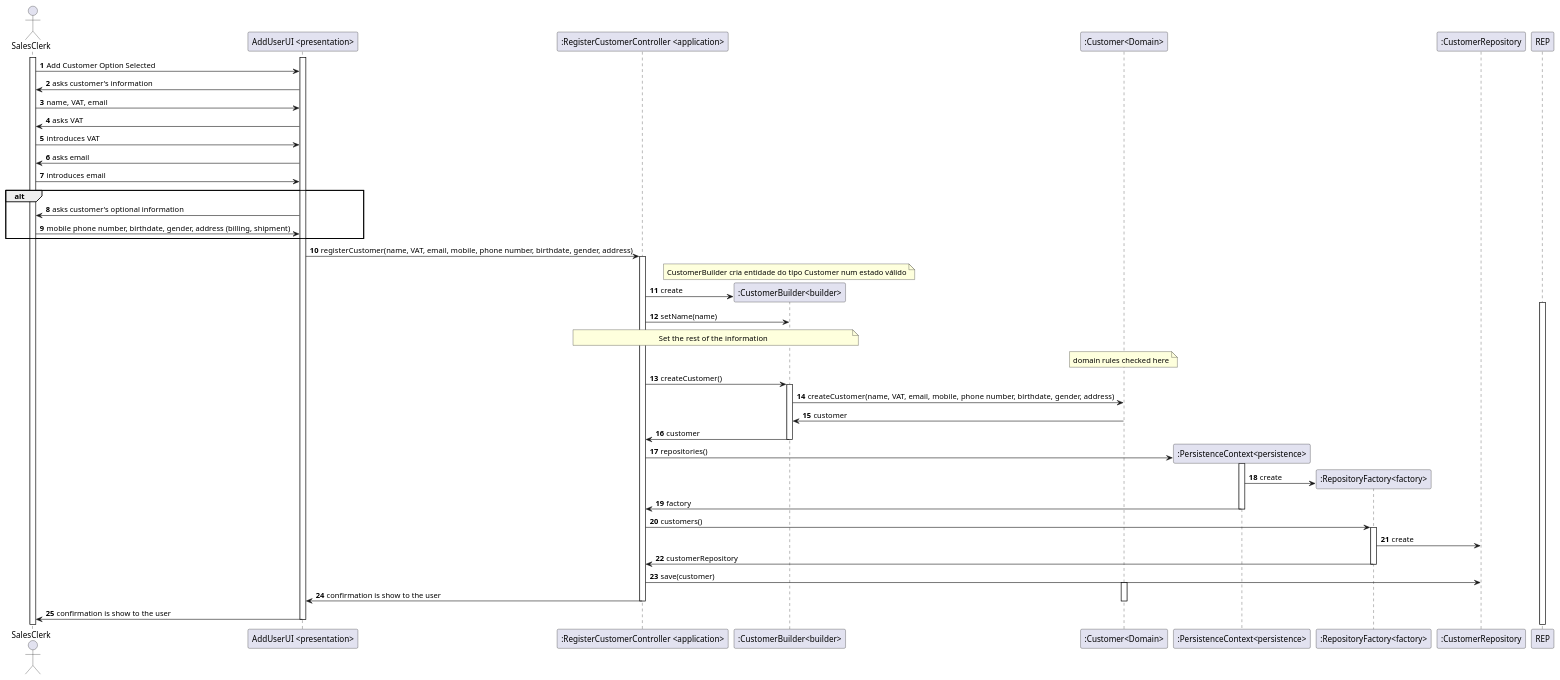
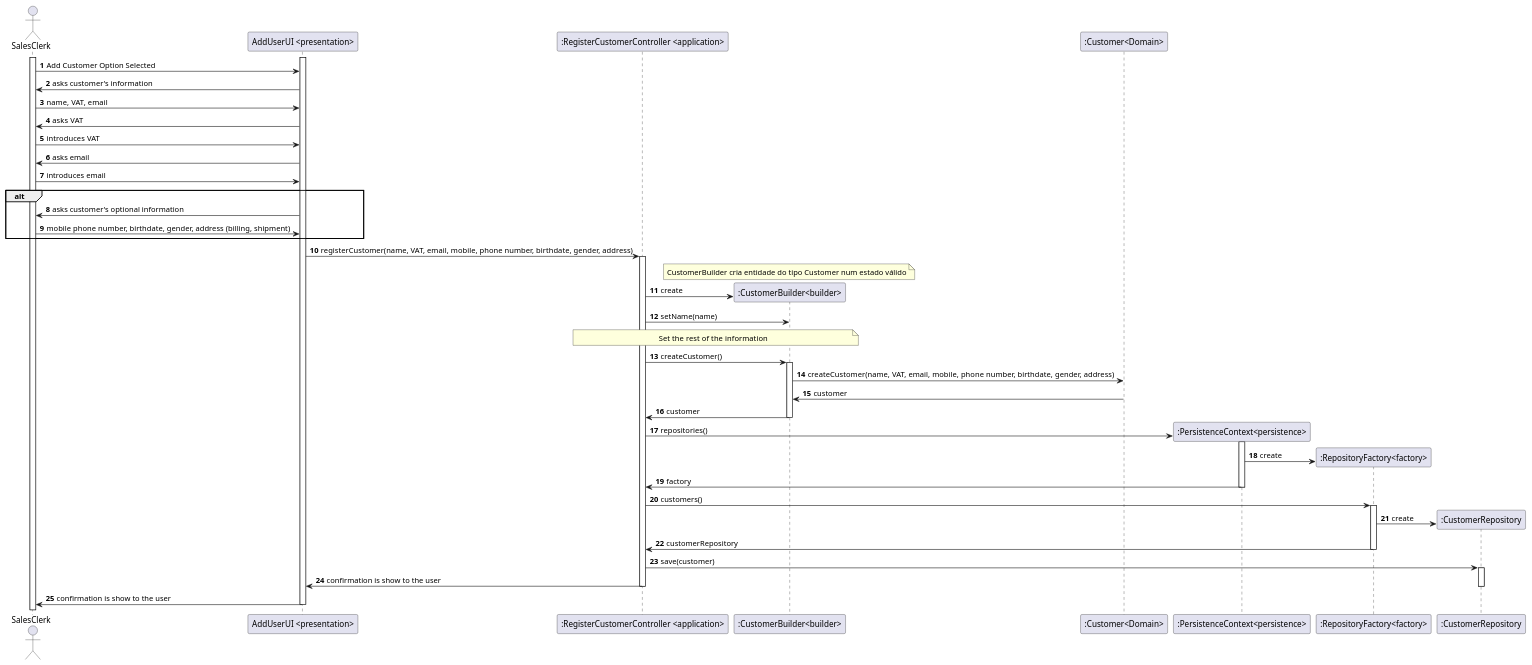
Before and after one commit to RuiRioPina/LAPR4-21-22: the diagram in docs/1201568/US1003/Diagramas/sd.puml, drawn with PlantUML. The commit also changed 3 other files, not shown here.

Commit message:
#12; [US1003]: [Designing]: Added the class diagram and removed the note in the customer.

```diff
--- a/docs/1201568/US1003/Diagramas/sd.puml
+++ b/docs/1201568/US1003/Diagramas/sd.puml
@@ -1,80 +1,77 @@
 @startuml
 autonumber
 actor "SalesClerk" as SC
 
 participant  "AddUserUI <presentation>" as SYS
 participant ":RegisterCustomerController <application>" as CTRL
 participant ":CustomerBuilder<builder>" as CSB
 participant ":Customer<Domain>" as CUS
 participant ":PersistenceContext<persistence>" as PC
 participant ":RepositoryFactory<factory>" as RF
 participant ":CustomerRepository" as CR
 
 
 
 
 activate SC
 activate SYS
 
 SC-> SYS: Add Customer Option Selected
 SYS-> SC: asks customer's information
 
 SC-> SYS: name, VAT, email
 
 SYS-> SC: asks VAT
 SC-> SYS: introduces VAT
 SYS-> SC: asks email
 SC-> SYS: introduces email
 
 alt
 SYS-> SC: asks customer's optional information
 SC-> SYS: mobile phone number, birthdate, gender, address (billing, shipment)
 
 
 end alt
 
 
 SYS-> CTRL : registerCustomer(name, VAT, email, mobile, phone number, birthdate, gender, address)
 note over CSB: CustomerBuilder cria entidade do tipo Customer num estado válido
 activate CTRL
 CTRL-> CSB **: create
-activate REP
-deactivate REP
 
 CTRL-> CSB: setName(name)
 
 
 note over CTRL, CSB:Set the  rest of the information
-note over CUS: domain rules checked here
 CTRL-> CSB: createCustomer()
 activate CSB
 CSB -> CUS : createCustomer(name, VAT, email, mobile, phone number, birthdate, gender, address)
 CUS -> CSB: customer
 
 CSB -> CTRL: customer
 deactivate CSB
 
 CTRL-> PC**: repositories()
 activate PC
 PC-> RF**: create
 PC-> CTRL: factory
 deactivate PC
 
 CTRL-> RF: customers()
 activate RF
-RF->CR: create
+RF->CR**: create
 
 RF->CTRL: customerRepository
 deactivate RF
 CTRL->CR: save(customer)
 
 deactivate PC
-activate CUS
+activate CR
 
 CTRL -> SYS: confirmation is show to the user
-deactivate CUS
+deactivate CR
 deactivate CTRL
 
 SYS-> SC: confirmation is show to the user
 deactivate SYS
 @enduml
```
